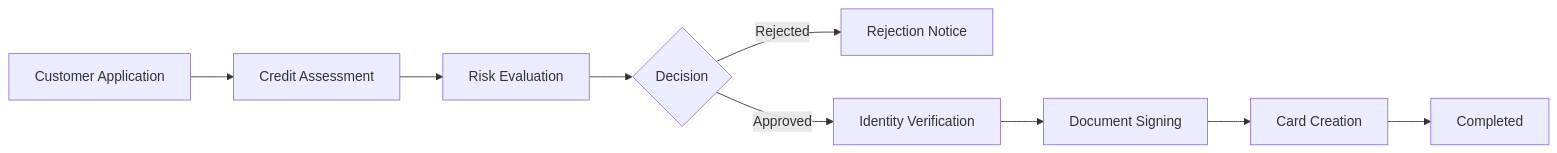
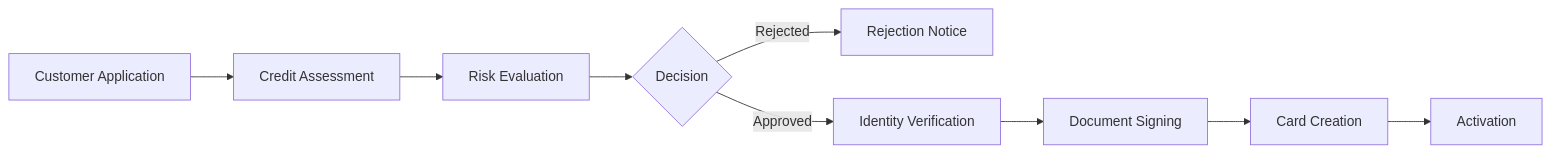
One commit to truonghoangnordiska/docs changed the diagram in card/onboarding.mdx. Above: the diagram before and after it, drawn with Mermaid.

````diff
--- a/card/onboarding.mdx
+++ b/card/onboarding.mdx
@@ -20,11 +20,11 @@
 ```mermaid
 graph LR
     A["Customer Application"] --> B["Credit Assessment"]
     B --> C["Risk Evaluation"]
     C --> D{Decision}
     D -->|Rejected| E["Rejection Notice"]
     D -->|Approved| F["Identity Verification"]
     F --> G["Document Signing"]
     G --> H["Card Creation"]
-    H --> I["Completed"]
+    H --> I["Activation"]
 ```
````
